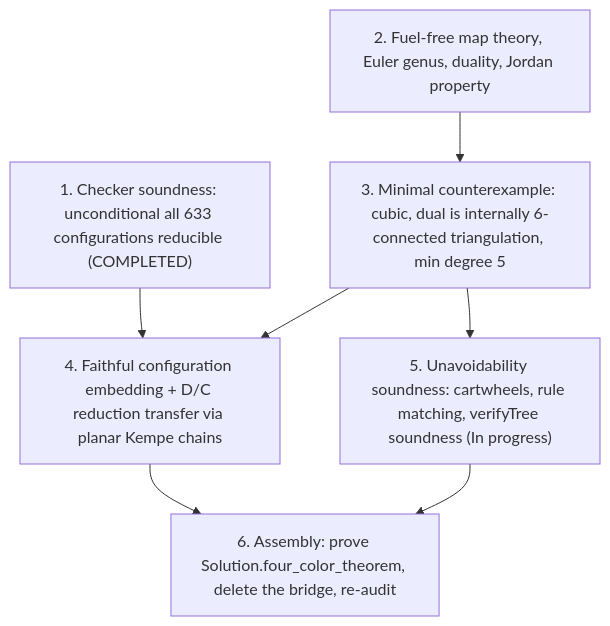
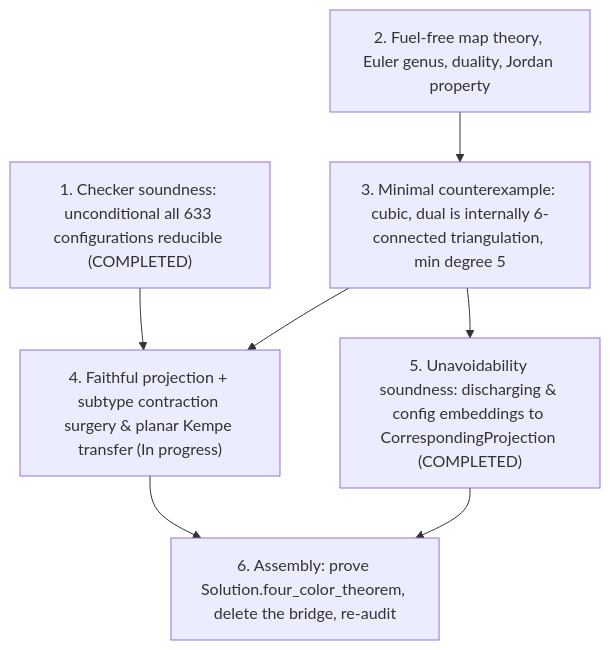
The diagram in README.md (Harry-Tech-Guide/Lean-4-Four-Color-Theorem-Formalization), drawn with Mermaid before and after one commit. The commit also changed other lines of this file and 4 other files, not shown here.

````diff
--- a/README.md
+++ b/README.md
@@ -64,15 +64,15 @@
 ```mermaid
 flowchart TD
     P1["1. Checker soundness: unconditional all 633 configurations reducible (COMPLETED)"]
     P2["2. Fuel-free map theory, Euler genus, duality, Jordan property"]
     P3["3. Minimal counterexample: cubic, dual is internally 6-connected triangulation, min degree 5"]
-    P4["4. Faithful configuration embedding + D/C reduction transfer via planar Kempe chains"]
-    P5["5. Unavoidability soundness: cartwheels, rule matching, verifyTree soundness (In progress)"]
+    P4["4. Faithful projection + subtype contraction surgery & planar Kempe transfer (In progress)"]
+    P5["5. Unavoidability soundness: discharging & config embeddings to CorrespondingProjection (COMPLETED)"]
     P6["6. Assembly: prove Solution.four_color_theorem, delete the bridge, re-audit"]
     P2 --> P3
     P1 --> P4
     P3 --> P4
     P3 --> P5
     P4 --> P6
     P5 --> P6
 ```
````
